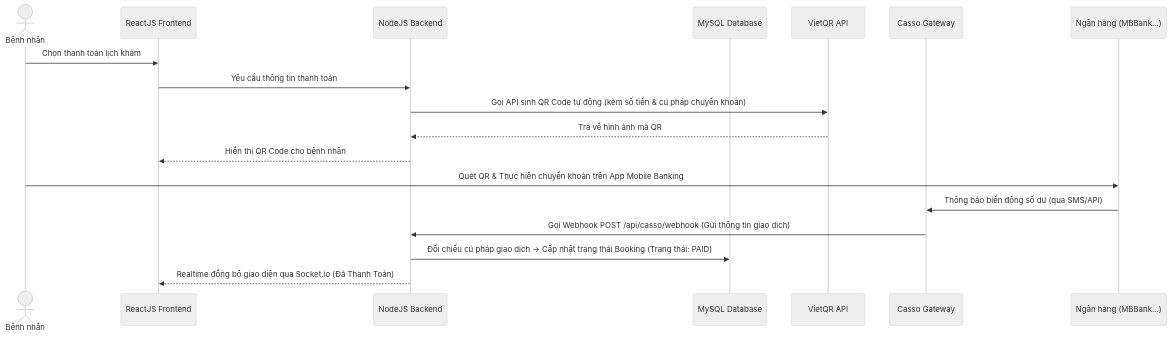
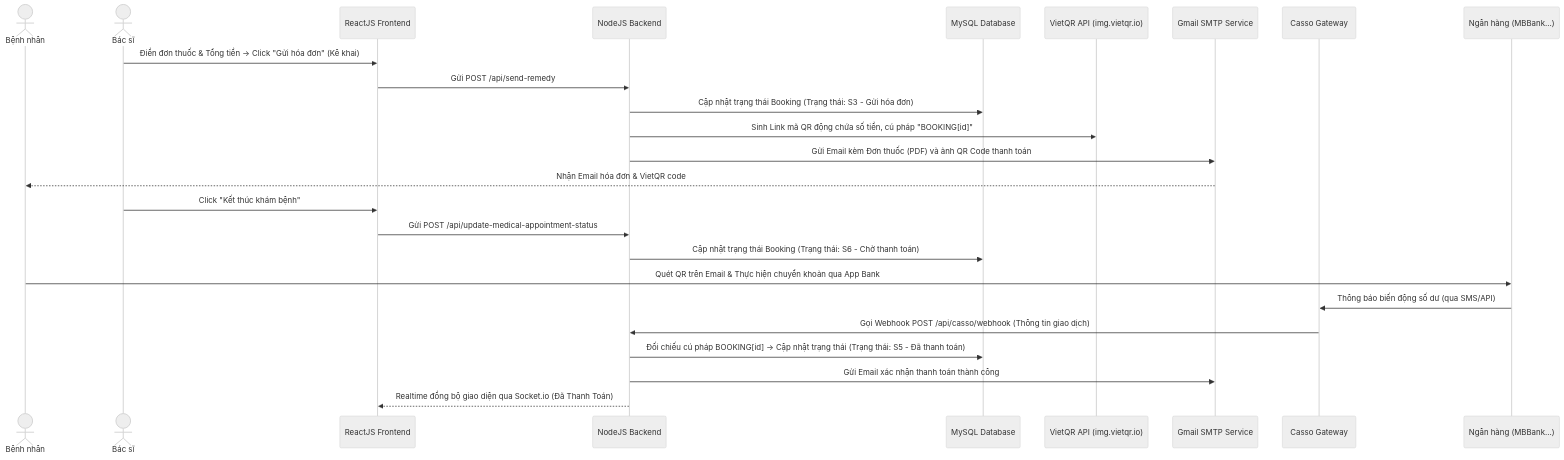
The fourth of 10 diagrams in docs/workflows.md (TranXuanDuc28/medical-appointment-system), drawn with Mermaid (neutral theme) before and after one commit. The commit also changed other lines of this file, not shown here.

Commit message:
docs: align VietQR payment flow sequence diagram with actual codebase logic

````diff
--- a/docs/workflows.md
+++ b/docs/workflows.md
@@ -84,21 +84,33 @@
 ```mermaid
 sequenceDiagram
   actor Patient as Bệnh nhân
+  actor Doctor as Bác sĩ
   participant Client as ReactJS Frontend
   participant Server as NodeJS Backend
   participant DB as MySQL Database
-  participant VietQR as VietQR API
+  participant VietQR as VietQR API (img.vietqr.io)
+  participant Mail as Gmail SMTP Service
   participant Casso as Casso Gateway
   participant Bank as Ngân hàng (MBBank...)
 
-  Patient->>Client: Chọn thanh toán lịch khám
-  Client->>Server: Yêu cầu thông tin thanh toán
-  Server->>VietQR: Gọi API sinh QR Code tự động (kèm số tiền & cú pháp chuyển khoản)
-  VietQR-->>Server: Trả về hình ảnh mã QR
-  Server-->>Client: Hiển thị QR Code cho bệnh nhân
-  Patient->>Bank: Quét QR & Thực hiện chuyển khoản trên App Mobile Banking
+  %% Bước 1: Kê đơn & Gửi VietQR qua Email
+  Doctor->>Client: Điền đơn thuốc & Tổng tiền -> Click "Gửi hóa đơn" (Kê khai)
+  Client->>Server: Gửi POST /api/send-remedy
+  Server->>DB: Cập nhật trạng thái Booking (Trạng thái: S3 - Gửi hóa đơn)
+  Server->>VietQR: Sinh Link mã QR động chứa số tiền, cú pháp "BOOKING[id]"
+  Server->>Mail: Gửi Email kèm Đơn thuốc (PDF) và ảnh QR Code thanh toán
+  Mail-->>Patient: Nhận Email hóa đơn & VietQR code
+
+  %% Bước 2: Kết thúc khám
+  Doctor->>Client: Click "Kết thúc khám bệnh"
+  Client->>Server: Gửi POST /api/update-medical-appointment-status
+  Server->>DB: Cập nhật trạng thái Booking (Trạng thái: S6 - Chờ thanh toán)
+
+  %% Bước 3: Thanh toán tự động qua VietQR
+  Patient->>Bank: Quét QR trên Email & Thực hiện chuyển khoản qua App Bank
   Bank->>Casso: Thông báo biến động số dư (qua SMS/API)
-  Casso->>Server: Gọi Webhook POST /api/casso/webhook (Gửi thông tin giao dịch)
-  Server->>DB: Đối chiếu cú pháp giao dịch -> Cập nhật trạng thái Booking (Trạng thái: PAID)
+  Casso->>Server: Gọi Webhook POST /api/casso/webhook (Thông tin giao dịch)
+  Server->>DB: Đối chiếu cú pháp BOOKING[id] -> Cập nhật trạng thái (Trạng thái: S5 - Đã thanh toán)
+  Server->>Mail: Gửi Email xác nhận thanh toán thành công
   Server-->>Client: Realtime đồng bộ giao diện qua Socket.io (Đã Thanh Toán)
 ```
````
